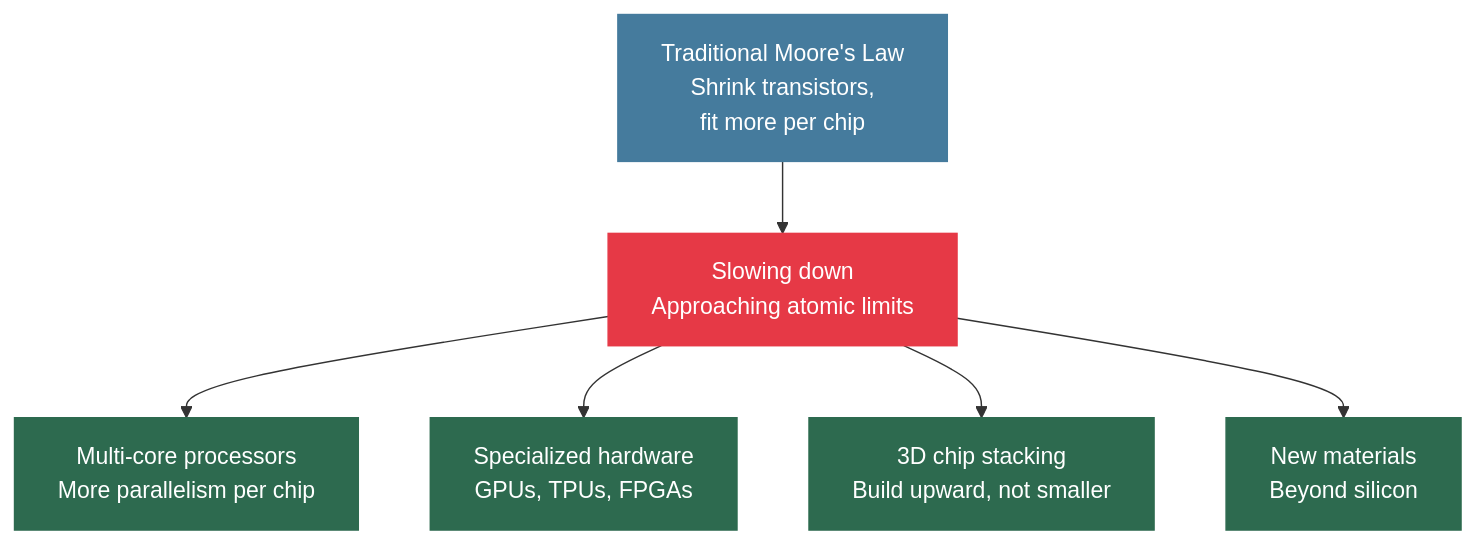
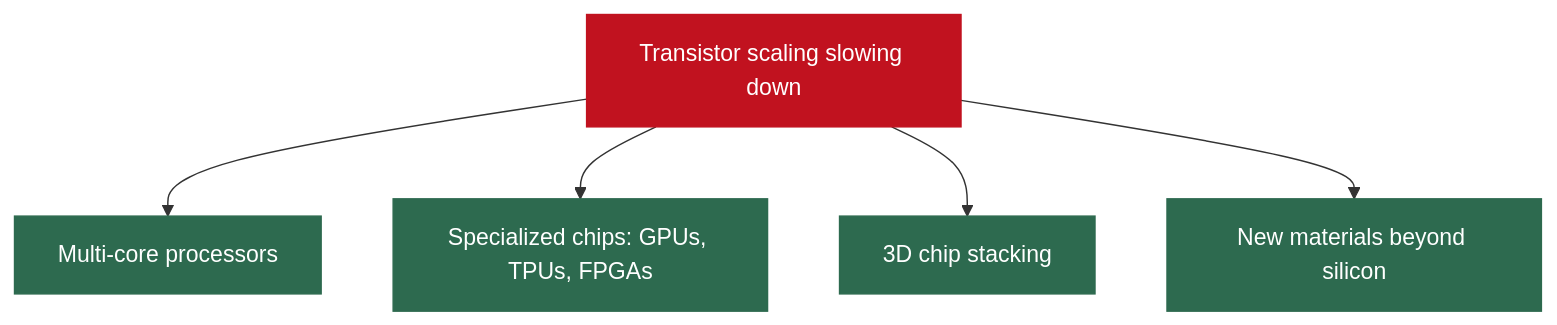
One commit to MuhammadTahaNasir/Big-Data-Analytics-Notes changed the seventh of 14 diagrams in Week1/Lecture2_Hardware_Moores_Amdahls.md. Above: the diagram before and after it, drawn with Mermaid. The commit also changed other lines of this file, not shown here.

First line of the commit message:
Add Lecture 2: Hardware Reality and Performance Laws

````diff
--- a/Week1/Lecture2_Hardware_Moores_Amdahls.md
+++ b/Week1/Lecture2_Hardware_Moores_Amdahls.md
@@ -209,16 +208,13 @@
 ```mermaid
 flowchart TD
-    OLD["Traditional Moore's Law\nShrink transistors,\nfit more per chip"] --> SLOW["Slowing down\nApproaching atomic limits"]
+    SLOW[Transistor scaling slowing down] --> R1[Multi-core processors]
+    SLOW --> R2[Specialized chips: GPUs, TPUs, FPGAs]
+    SLOW --> R3[3D chip stacking]
+    SLOW --> R4[New materials beyond silicon]
 
-    SLOW --> R1["Multi-core processors\nMore parallelism per chip"]
-    SLOW --> R2["Specialized hardware\nGPUs, TPUs, FPGAs"]
-    SLOW --> R3["3D chip stacking\nBuild upward, not smaller"]
-    SLOW --> R4["New materials\nBeyond silicon"]
-
-    style OLD fill:#457b9d,color:#fff,stroke:#457b9d
-    style SLOW fill:#e63946,color:#fff,stroke:#e63946
+    style SLOW fill:#c1121f,color:#fff,stroke:#c1121f
     style R1 fill:#2d6a4f,color:#fff,stroke:#2d6a4f
     style R2 fill:#2d6a4f,color:#fff,stroke:#2d6a4f
     style R3 fill:#2d6a4f,color:#fff,stroke:#2d6a4f
     style R4 fill:#2d6a4f,color:#fff,stroke:#2d6a4f
 ```
````
